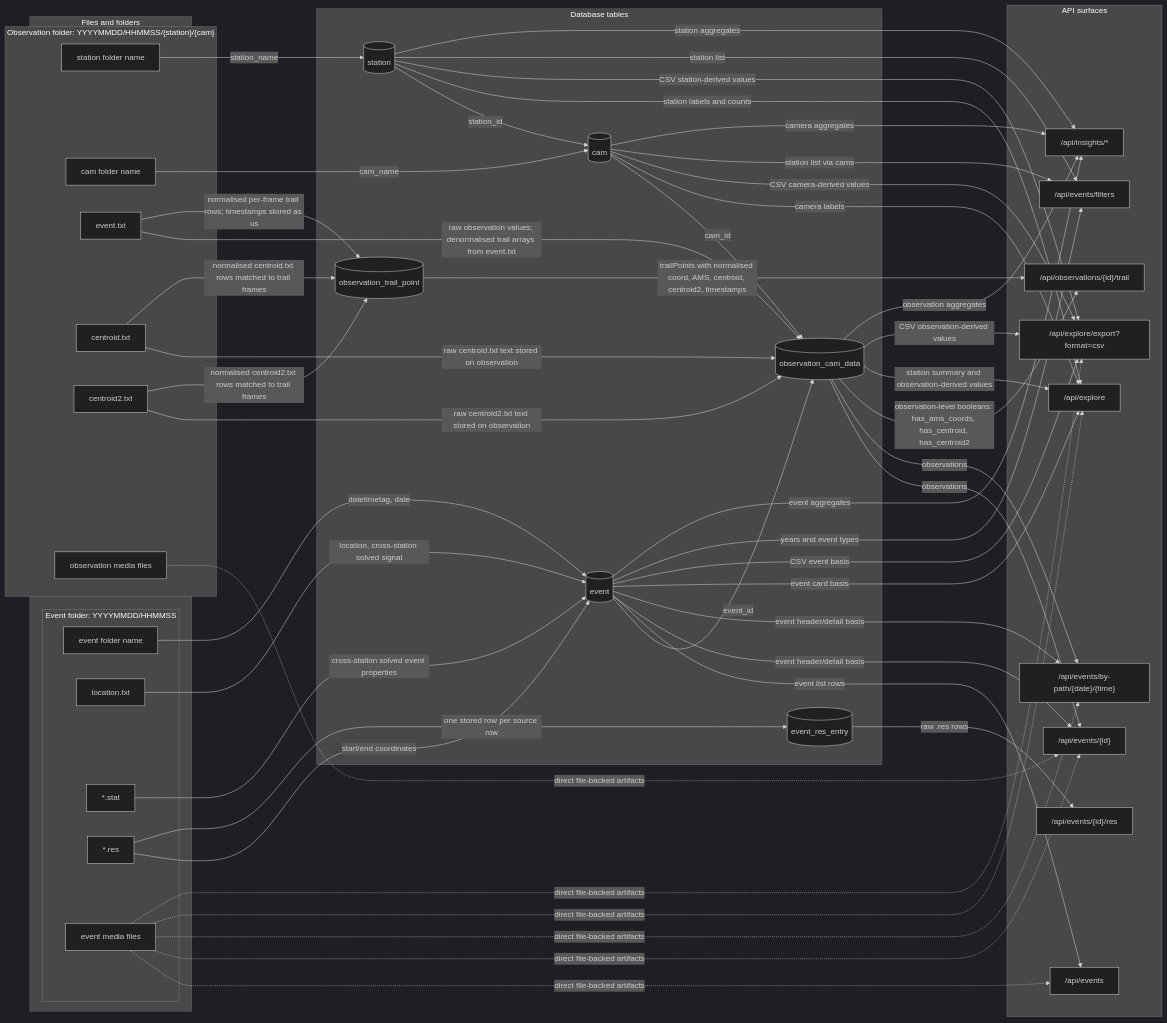
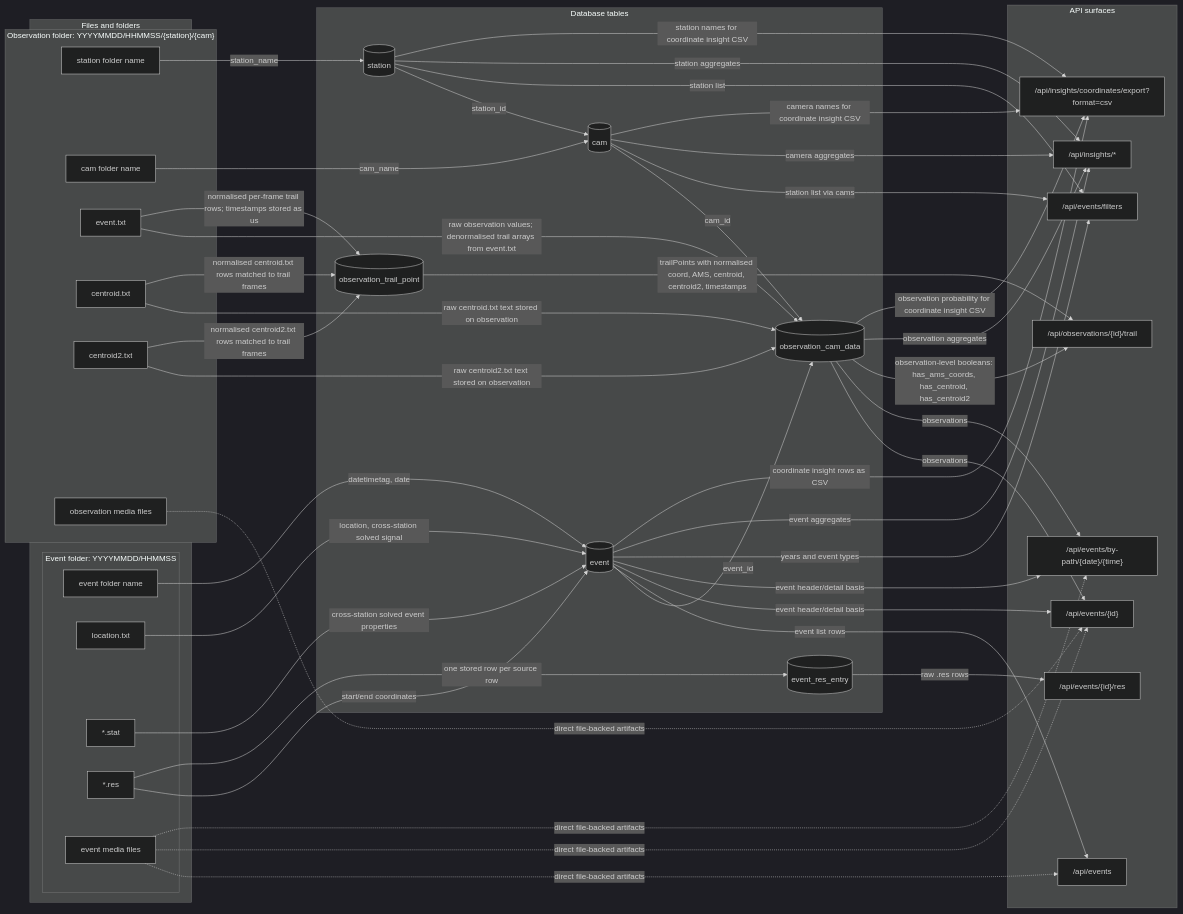
Before and after one commit to norskmeteornettverk/ildkule-backend: the diagram in docs/api-db-file-lineage.md, drawn with Mermaid (dark theme). The commit also changed other lines of this file and 8 other files, not shown here.

````diff
--- a/docs/api-db-file-lineage.md
+++ b/docs/api-db-file-lineage.md
@@ -57,10 +57,9 @@
         A3["/api/events/by-path/{date}/{time}"]
         A4["/api/events/{id}/res"]
         A5["/api/observations/{id}/trail"]
-        A6["/api/explore"]
-        A7["/api/explore/export?format=csv"]
         A8["/api/events/filters"]
         A9["/api/insights/*"]
+        A10["/api/insights/coordinates/export?format=csv"]
     end
 
     F0 -- "datetimetag, date" --> D1
@@ -88,14 +87,6 @@
     D5 -- "raw .res rows" --> A4
     D6 -- "trailPoints with normalised coord, AMS, centroid, centroid2, timestamps" --> A5
     D4 -- "observation-level booleans: has_ams_coords, has_centroid, has_centroid2" --> A5
-    D1 -- "event card basis" --> A6
-    D2 -- "station labels and counts" --> A6
-    D3 -- "camera labels" --> A6
-    D4 -- "station summary and observation-derived values" --> A6
-    D1 -- "CSV event basis" --> A7
-    D2 -- "CSV station-derived values" --> A7
-    D3 -- "CSV camera-derived values" --> A7
-    D4 -- "CSV observation-derived values" --> A7
     D1 -- "years and event types" --> A8
     D2 -- "station list" --> A8
     D3 -- "station list via cams" --> A8
@@ -103,11 +94,13 @@
     D2 -- "station aggregates" --> A9
     D3 -- "camera aggregates" --> A9
     D4 -- "observation aggregates" --> A9
+    D1 -- "coordinate insight rows as CSV" --> A10
+    D2 -- "station names for coordinate insight CSV" --> A10
+    D3 -- "camera names for coordinate insight CSV" --> A10
+    D4 -- "observation probability for coordinate insight CSV" --> A10
 
     F7 -. "direct file-backed artifacts" .-> A1
     F7 -. "direct file-backed artifacts" .-> A2
     F7 -. "direct file-backed artifacts" .-> A3
-    F7 -. "direct file-backed artifacts" .-> A6
-    F7 -. "direct file-backed artifacts" .-> A7
     F8 -. "direct file-backed artifacts" .-> A2
 ```
````
